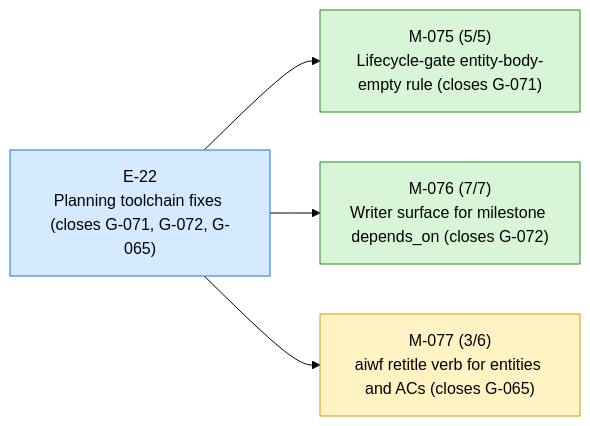
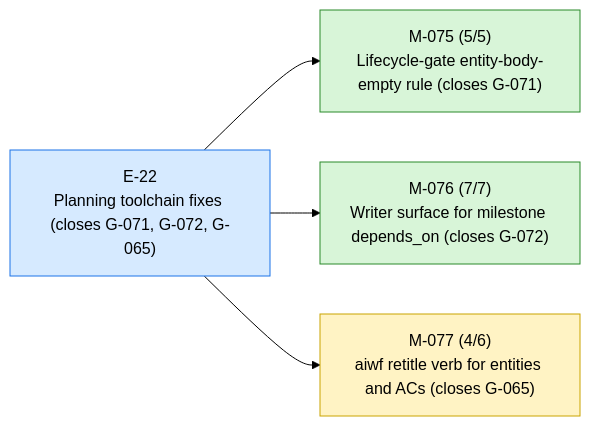
Before and after one commit to 23min/aiwf: the first of 3 diagrams in STATUS.md, drawn with Mermaid (forest theme). The commit also changed other lines of this file and 1 other file, not shown here.

First line of the commit message:
aiwf promote M-077/AC-6 open -> met

````diff
--- a/STATUS.md
+++ b/STATUS.md
@@ -13,16 +13,16 @@
 ```mermaid
 flowchart LR
   E_22["E-22<br/>Planning toolchain fixes (closes G-071, G-072, G-065)"]:::epic_active
   M_075["M-075 (5/5)<br/>Lifecycle-gate entity-body-empty rule (closes G-071)"]:::ms_done
   E_22 --> M_075
   M_076["M-076 (7/7)<br/>Writer surface for milestone depends_on (closes G-072)"]:::ms_done
   E_22 --> M_076
-  M_077["M-077 (3/6)<br/>aiwf retitle verb for entities and ACs (closes G-065)"]:::ms_in_progress
+  M_077["M-077 (4/6)<br/>aiwf retitle verb for entities and ACs (closes G-065)"]:::ms_in_progress
   E_22 --> M_077
   classDef epic_active fill:#d6eaff,stroke:#1a73e8,color:#000
   classDef epic_proposed fill:#f4f4f4,stroke:#888,color:#000
   classDef ms_done fill:#d8f5d8,stroke:#2a8a2a,color:#000
   classDef ms_in_progress fill:#fff3c4,stroke:#caa400,color:#000
   classDef ms_draft fill:#f4f4f4,stroke:#888,color:#000
   classDef ms_cancelled fill:#fbeaea,stroke:#c33,color:#000
 ```
````
